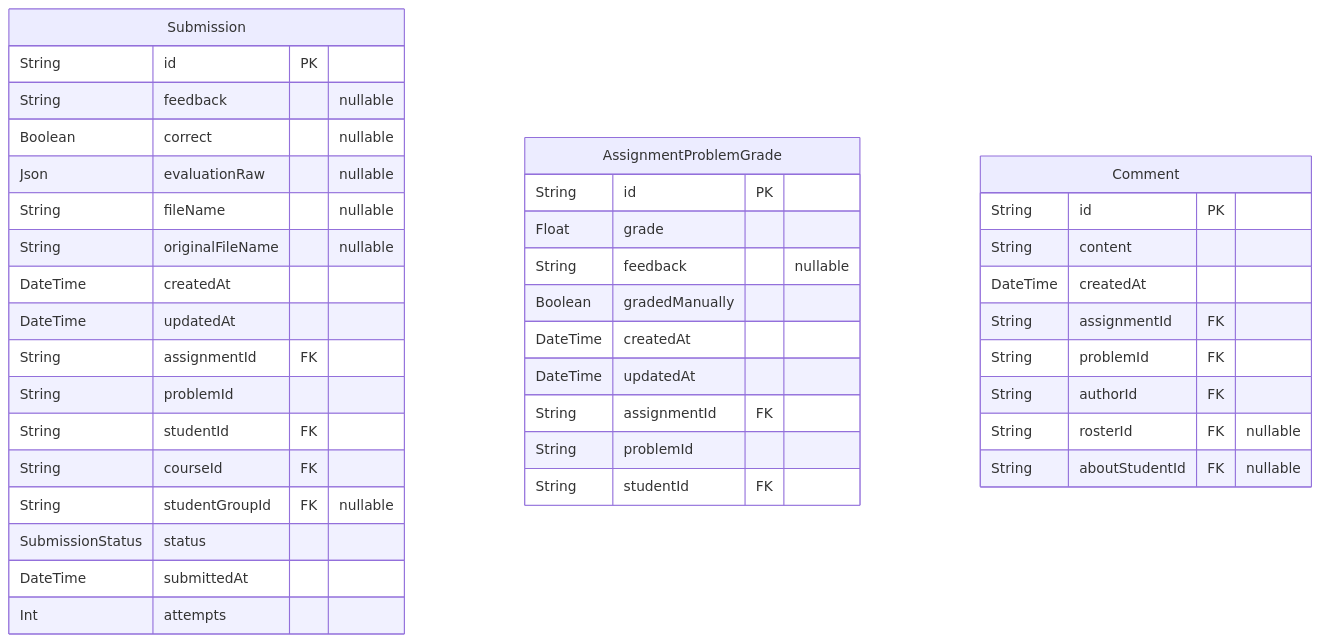
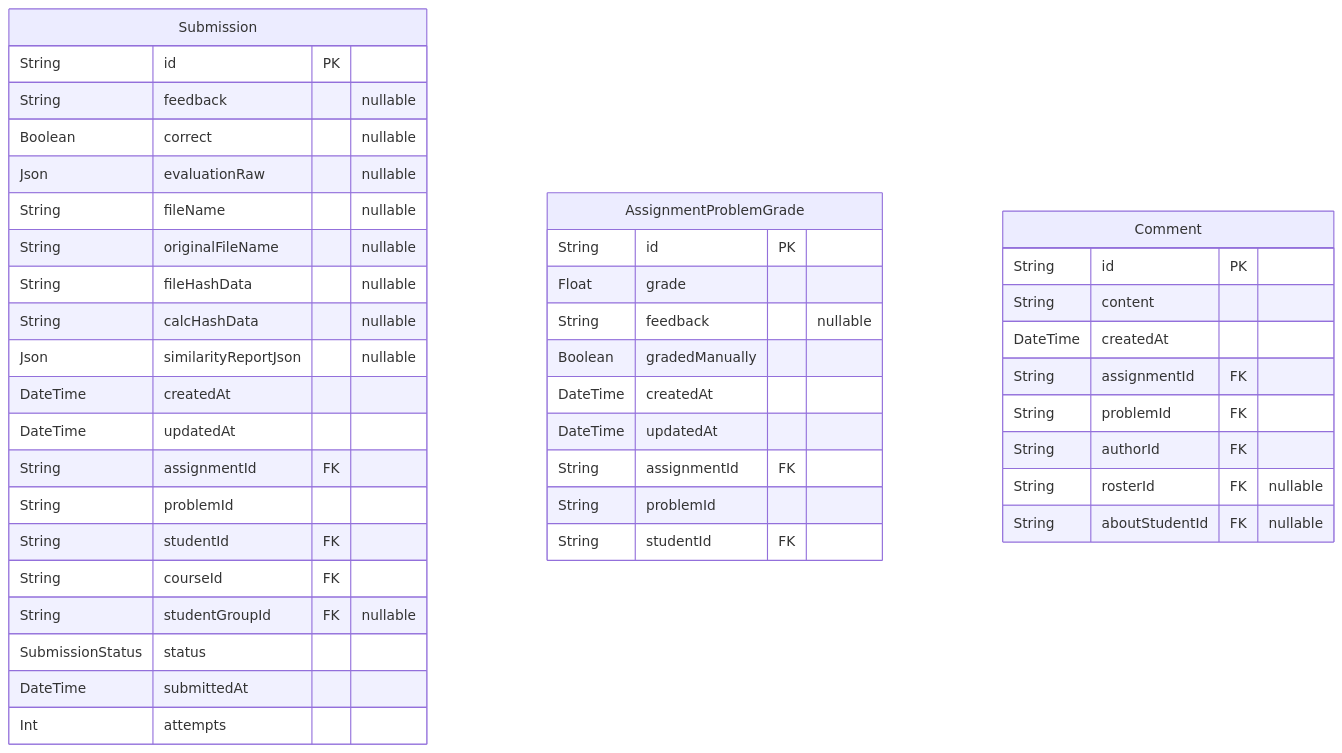
One commit to PennStateCS/AFCT changed the fourth of 5 diagrams in docs-site/docs/reference/database-schema.md. Above: the diagram before and after it, drawn with Mermaid. The commit also changed other lines of this file and 3 other files, not shown here.

````diff
--- a/docs-site/docs/reference/database-schema.md
+++ b/docs-site/docs/reference/database-schema.md
@@ -479,42 +479,45 @@
 ```mermaid
 erDiagram
 "Submission" {
   String id PK
   String feedback "nullable"
   Boolean correct "nullable"
   Json evaluationRaw "nullable"
   String fileName "nullable"
   String originalFileName "nullable"
+  String fileHashData "nullable"
+  String calcHashData "nullable"
+  Json similarityReportJson "nullable"
   DateTime createdAt
   DateTime updatedAt
   String assignmentId FK
   String problemId
   String studentId FK
   String courseId FK
   String studentGroupId FK "nullable"
   SubmissionStatus status
   DateTime submittedAt
   Int attempts
 }
 "AssignmentProblemGrade" {
   String id PK
   Float grade
   String feedback "nullable"
   Boolean gradedManually
   DateTime createdAt
   DateTime updatedAt
   String assignmentId FK
   String problemId
   String studentId FK
 }
 "Comment" {
   String id PK
   String content
   DateTime createdAt
   String assignmentId FK
   String problemId FK
   String authorId FK
   String rosterId FK "nullable"
   String aboutStudentId FK "nullable"
 }
 ```
````
